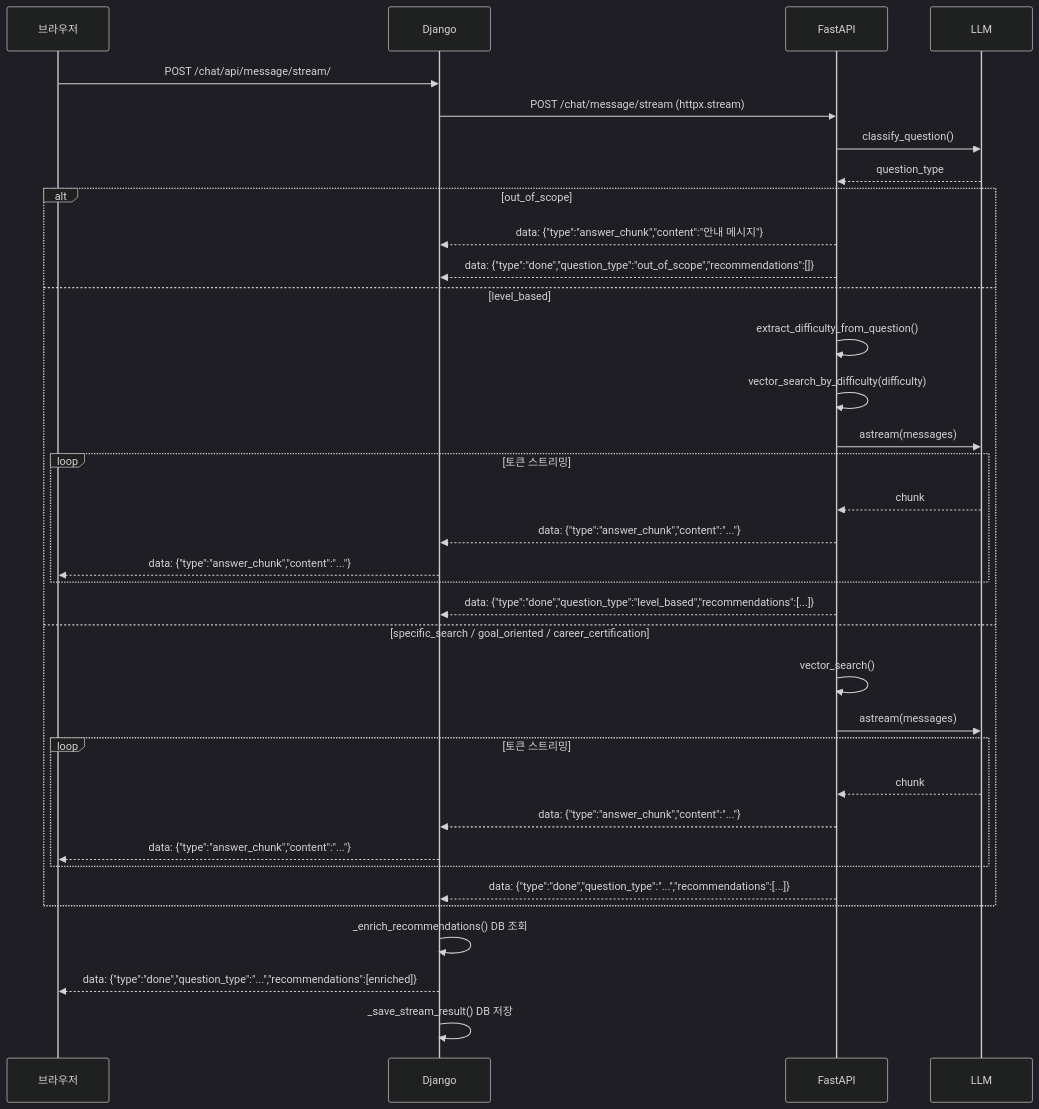
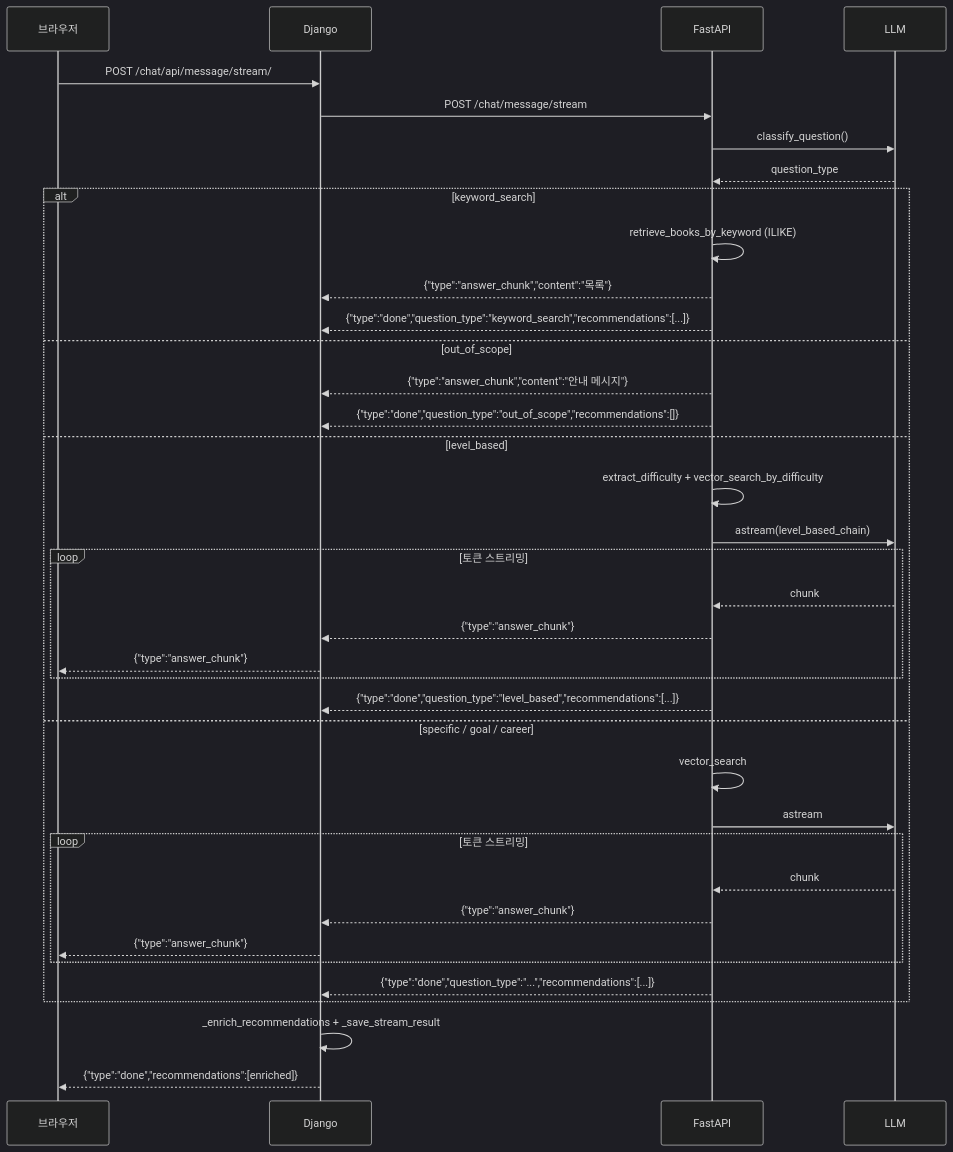
One commit to khs980714/READ-ME changed the fourth of 4 diagrams in docs/chain.md. Above: the diagram before and after it, drawn with Mermaid (dark theme). The commit also changed other lines of this file and 5 other files, not shown here.

First line of the commit message:
docs: 시스템 아키텍처 문서 신규 추가 및 ERD·Schema·Chain·API 현행화

````diff
--- a/docs/chain.md
+++ b/docs/chain.md
@@ -165,40 +144,42 @@
 ```mermaid
 sequenceDiagram
     participant B as 브라우저
     participant D as Django
     participant F as FastAPI
     participant L as LLM
 
     B->>D: POST /chat/api/message/stream/
-    D->>F: POST /chat/message/stream (httpx.stream)
+    D->>F: POST /chat/message/stream
     F->>L: classify_question()
     L-->>F: question_type
 
-    alt out_of_scope
-        F-->>D: data: {"type":"answer_chunk","content":"안내 메시지"}
-        F-->>D: data: {"type":"done","question_type":"out_of_scope","recommendations":[]}
+    alt keyword_search
+        F->>F: retrieve_books_by_keyword (ILIKE)
+        F-->>D: {"type":"answer_chunk","content":"목록"}
+        F-->>D: {"type":"done","question_type":"keyword_search","recommendations":[...]}
+    else out_of_scope
+        F-->>D: {"type":"answer_chunk","content":"안내 메시지"}
+        F-->>D: {"type":"done","question_type":"out_of_scope","recommendations":[]}
     else level_based
-        F->>F: extract_difficulty_from_question()
-        F->>F: vector_search_by_difficulty(difficulty)
-        F->>L: astream(messages)
+        F->>F: extract_difficulty + vector_search_by_difficulty
+        F->>L: astream(level_based_chain)
         loop 토큰 스트리밍
             L-->>F: chunk
-            F-->>D: data: {"type":"answer_chunk","content":"..."}
-            D-->>B: data: {"type":"answer_chunk","content":"..."}
+            F-->>D: {"type":"answer_chunk"}
+            D-->>B: {"type":"answer_chunk"}
         end
-        F-->>D: data: {"type":"done","question_type":"level_based","recommendations":[...]}
-    else specific_search / goal_oriented / career_certification
-        F->>F: vector_search()
-        F->>L: astream(messages)
+        F-->>D: {"type":"done","question_type":"level_based","recommendations":[...]}
+    else specific / goal / career
+        F->>F: vector_search
+        F->>L: astream
         loop 토큰 스트리밍
             L-->>F: chunk
-            F-->>D: data: {"type":"answer_chunk","content":"..."}
-            D-->>B: data: {"type":"answer_chunk","content":"..."}
+            F-->>D: {"type":"answer_chunk"}
+            D-->>B: {"type":"answer_chunk"}
         end
-        F-->>D: data: {"type":"done","question_type":"...","recommendations":[...]}
+        F-->>D: {"type":"done","question_type":"...","recommendations":[...]}
     end
 
-    D->>D: _enrich_recommendations() DB 조회
-    D-->>B: data: {"type":"done","question_type":"...","recommendations":[enriched]}
-    D->>D: _save_stream_result() DB 저장
+    D->>D: _enrich_recommendations + _save_stream_result
+    D-->>B: {"type":"done","recommendations":[enriched]}
 ```
````
